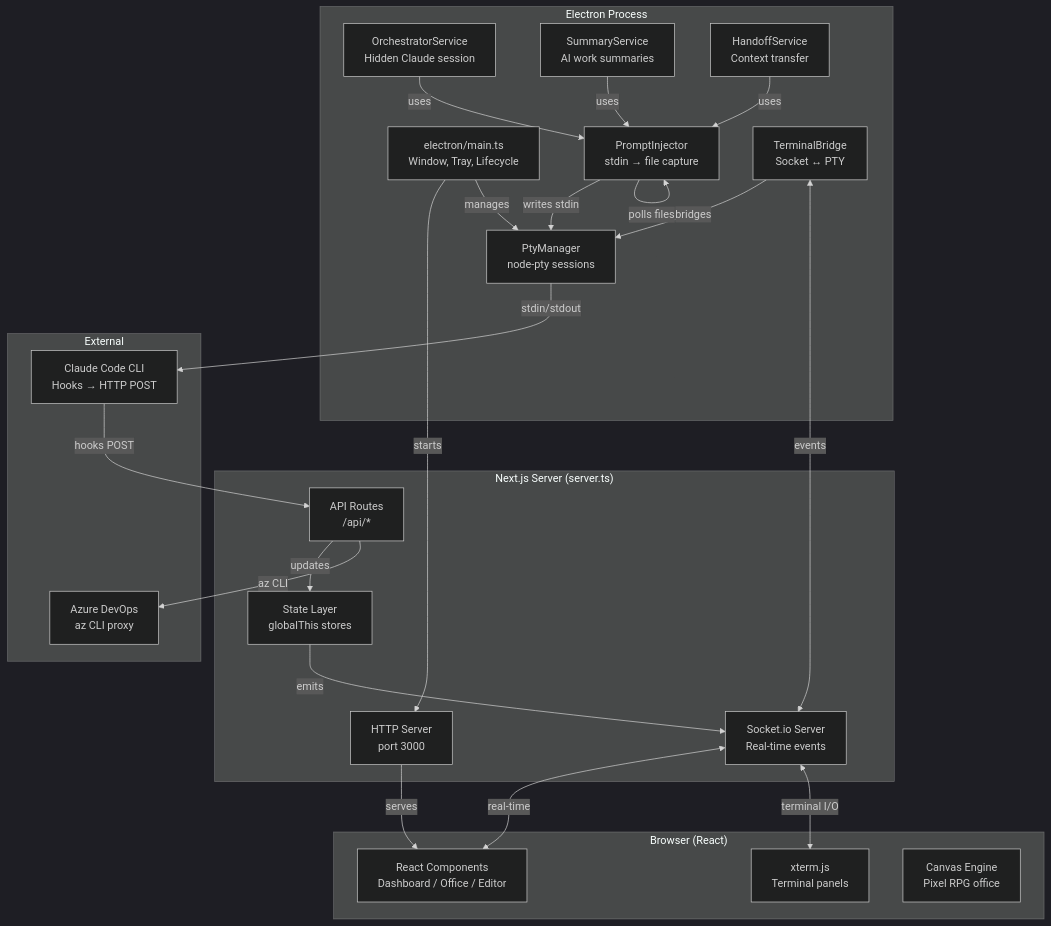
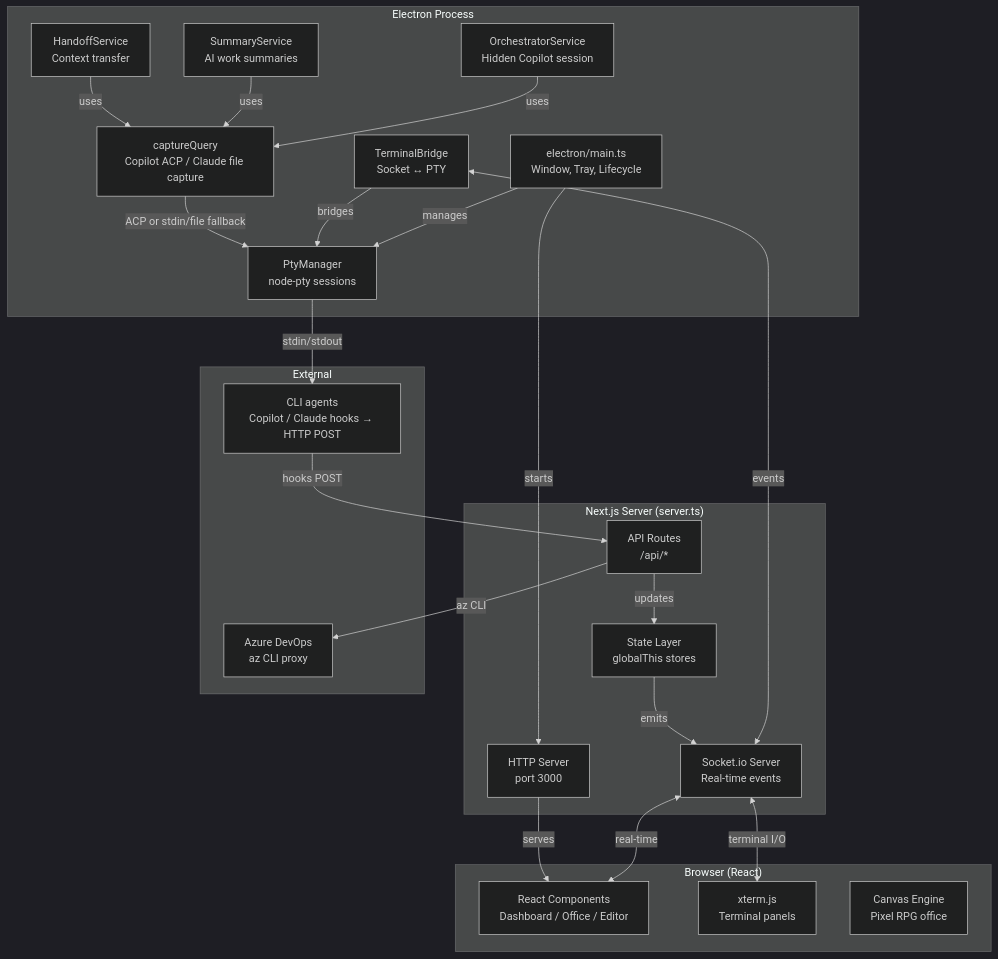
The first of 6 diagrams in docs/design/README.md (Nahom-Kefelegne/AgentMatrix), drawn with Mermaid (dark theme) before and after one commit. The commit also changed other lines of this file and 14 other files, not shown here.

````diff
--- a/docs/design/README.md
+++ b/docs/design/README.md
@@ -15,51 +15,50 @@
 ```mermaid
 graph TB
     subgraph "Electron Process"
         Main["electron/main.ts<br/>Window, Tray, Lifecycle"]
         PTY["PtyManager<br/>node-pty sessions"]
-        PI["PromptInjector<br/>stdin → file capture"]
+        CQ["captureQuery<br/>Copilot ACP / Claude file capture"]
         TB["TerminalBridge<br/>Socket ↔ PTY"]
-        Orch["OrchestratorService<br/>Hidden Claude session"]
+        Orch["OrchestratorService<br/>Hidden Copilot session"]
         Summary["SummaryService<br/>AI work summaries"]
         Handoff["HandoffService<br/>Context transfer"]
     end
 
     subgraph "Next.js Server (server.ts)"
         HTTP["HTTP Server<br/>port 3000"]
         SIO["Socket.io Server<br/>Real-time events"]
         API["API Routes<br/>/api/*"]
         State["State Layer<br/>globalThis stores"]
     end
 
     subgraph "Browser (React)"
         UI["React Components<br/>Dashboard / Office / Editor"]
         XTerm["xterm.js<br/>Terminal panels"]
         Canvas["Canvas Engine<br/>Pixel RPG office"]
     end
 
     subgraph "External"
-        Claude["Claude Code CLI<br/>Hooks → HTTP POST"]
+        CLI["CLI agents<br/>Copilot / Claude hooks → HTTP POST"]
         ADO["Azure DevOps<br/>az CLI proxy"]
     end
 
     Main -->|starts| HTTP
     Main -->|manages| PTY
-    PTY -->|stdin/stdout| Claude
+    PTY -->|stdin/stdout| CLI
     TB -->|bridges| PTY
     TB <-->|events| SIO
-    PI -->|writes stdin| PTY
-    PI -->|polls files| PI
-    Orch -->|uses| PI
-    Summary -->|uses| PI
-    Handoff -->|uses| PI
+    CQ -->|ACP or stdin/file fallback| PTY
+    Orch -->|uses| CQ
+    Summary -->|uses| CQ
+    Handoff -->|uses| CQ
 
-    Claude -->|hooks POST| API
+    CLI -->|hooks POST| API
     API -->|updates| State
     State -->|emits| SIO
     SIO <-->|real-time| UI
     SIO <-->|terminal I/O| XTerm
 
     API -->|az CLI| ADO
 
     HTTP -->|serves| UI
 ```
````
